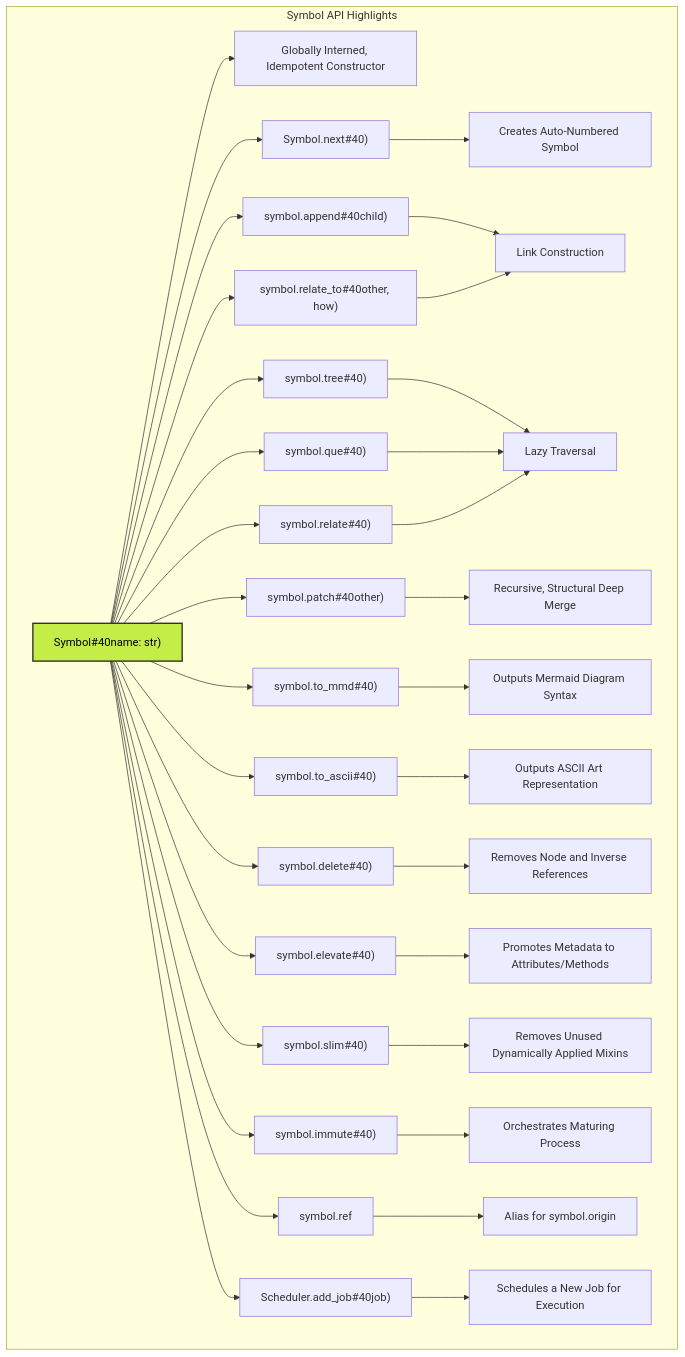
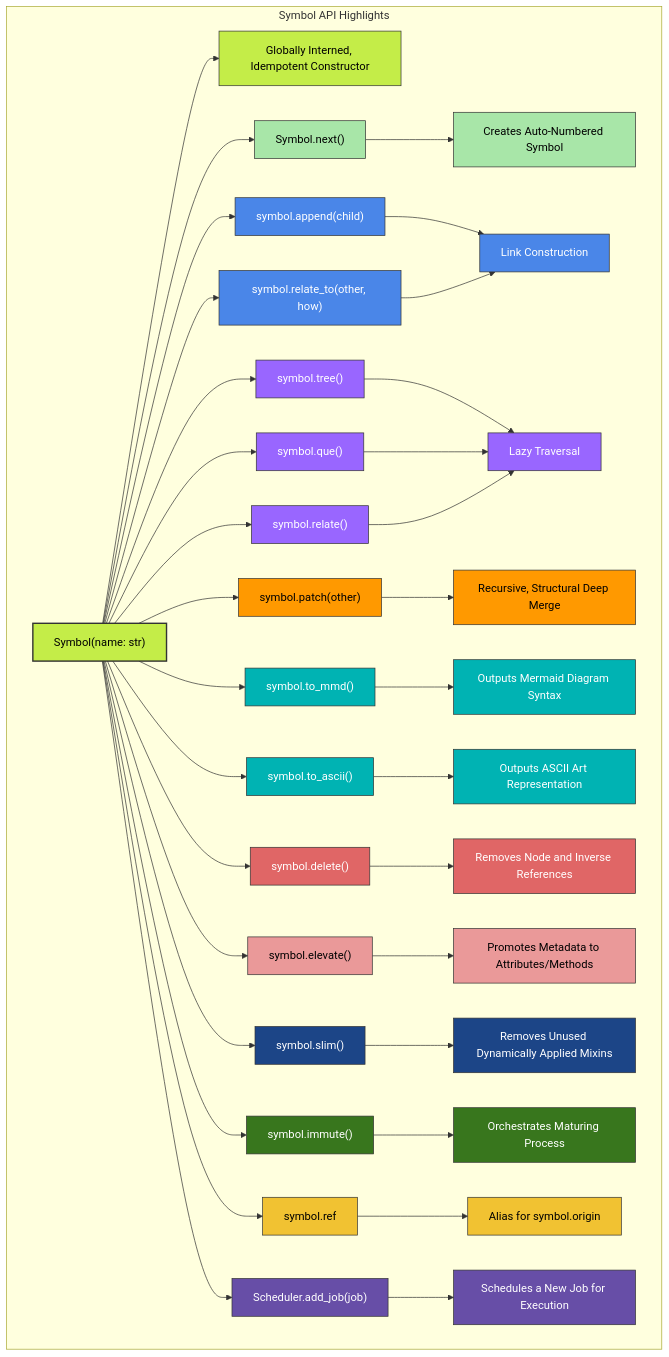
The diagram in docs/readme_details/8_api_highlights/api_overview.mmd (ikko/sym), drawn with Mermaid before and after one commit. The commit also changed 13 other files, not shown here.

```diff
--- a/docs/readme_details/8_api_highlights/api_overview.mmd
+++ b/docs/readme_details/8_api_highlights/api_overview.mmd
@@ -1,37 +1,88 @@
 
 graph
     subgraph "Symbol API Highlights"
-        A[Symbol#40name: str#41;] --> B[Globally Interned, Idempotent Constructor];
-        A --> C[Symbol.next#40#41;];
+        A[Symbol#40;name: str#41;] --> B[Globally Interned, Idempotent Constructor];
+        A --> C[Symbol.next#40;#41;];
         C --> D[Creates Auto-Numbered Symbol];
-        A --> E[symbol.append#40child#41;];
-        A --> F[symbol.relate_to#40other, how#41;];
+        A --> E[symbol.append#40;child#41;];
+        A --> F[symbol.relate_to#40;other, how#41;];
         E --> G[Link Construction];
         F --> G;
-        A --> H[symbol.tree#40#41;];
-        A --> I[symbol.que#40#41;];
-        A --> J[symbol.relate#40#41;];
+        A --> H[symbol.tree#40;#41;];
+        A --> I[symbol.que#40;#41;];
+        A --> J[symbol.relate#40;#41;];
         H --> K[Lazy Traversal];
         I --> K;
         J --> K;
-        A --> L[symbol.patch#40other#41;];
+        A --> L[symbol.patch#40;other#41;];
         L --> M[Recursive, Structural Deep Merge];
-        A --> N[symbol.to_mmd#40#41;];
+        A --> N[symbol.to_mmd#40;#41;];
         N --> O[Outputs Mermaid Diagram Syntax];
-        A --> P[symbol.to_ascii#40#41;];
+        A --> P[symbol.to_ascii#40;#41;];
         P --> Q[Outputs ASCII Art Representation];
-        A --> R[symbol.delete#40#41;];
+        A --> R[symbol.delete#40;#41;];
         R --> S[Removes Node and Inverse References];
-        A --> T[symbol.elevate#40#41;];
+        A --> T[symbol.elevate#40;#41;];
         T --> U[Promotes Metadata to Attributes/Methods];
-        A --> V[symbol.slim#40#41;];
+        A --> V[symbol.slim#40;#41;];
         V --> W[Removes Unused Dynamically Applied Mixins];
-        A --> X[symbol.immute#40#41;];
+        A --> X[symbol.immute#40;#41;];
         X --> Y[Orchestrates Maturing Process];
         A --> Z[symbol.ref];
         Z --> AA[Alias for symbol.origin];
-        A --> AB[Scheduler.add_job#40job#41;];
+        A --> AB[Scheduler.add_job#40;job#41;];
         AB --> AC[Schedules a New Job for Execution];
     end
 
+    %% Main Symbol node
     style A fill:#c4ed48,stroke:#333,stroke-width:2px,color:#000000;
+    style B fill:#c4ed48,stroke:#333,stroke-width:1px,color:#000000;
+
+    %% Symbol creation group - light green
+    style C fill:#a8e6a8,stroke:#333,stroke-width:1px,color:#000000;
+    style D fill:#a8e6a8,stroke:#333,stroke-width:1px,color:#000000;
+
+    %% Relationship management group - blue
+    style E fill:#4a86e8,stroke:#333,stroke-width:1px,color:#ffffff;
+    style F fill:#4a86e8,stroke:#333,stroke-width:1px,color:#ffffff;
+    style G fill:#4a86e8,stroke:#333,stroke-width:1px,color:#ffffff;
+
+    %% Traversal group - purple
+    style H fill:#9966ff,stroke:#333,stroke-width:1px,color:#ffffff;
+    style I fill:#9966ff,stroke:#333,stroke-width:1px,color:#ffffff;
+    style J fill:#9966ff,stroke:#333,stroke-width:1px,color:#ffffff;
+    style K fill:#9966ff,stroke:#333,stroke-width:1px,color:#ffffff;
+
+    %% Data manipulation group - orange
+    style L fill:#ff9900,stroke:#333,stroke-width:1px,color:#000000;
+    style M fill:#ff9900,stroke:#333,stroke-width:1px,color:#000000;
+
+    %% Visualization group - teal
+    style N fill:#00b3b3,stroke:#333,stroke-width:1px,color:#ffffff;
+    style O fill:#00b3b3,stroke:#333,stroke-width:1px,color:#ffffff;
+    style P fill:#00b3b3,stroke:#333,stroke-width:1px,color:#ffffff;
+    style Q fill:#00b3b3,stroke:#333,stroke-width:1px,color:#ffffff;
+
+    %% Node management group - red
+    style R fill:#e06666,stroke:#333,stroke-width:1px,color:#ffffff;
+    style S fill:#e06666,stroke:#333,stroke-width:1px,color:#ffffff;
+
+    %% Metadata management group - pink
+    style T fill:#ea9999,stroke:#333,stroke-width:1px,color:#000000;
+    style U fill:#ea9999,stroke:#333,stroke-width:1px,color:#000000;
+
+    %% Optimization group - dark blue
+    style V fill:#1c4587,stroke:#333,stroke-width:1px,color:#ffffff;
+    style W fill:#1c4587,stroke:#333,stroke-width:1px,color:#ffffff;
+
+    %% Lifecycle management group - dark green
+    style X fill:#38761d,stroke:#333,stroke-width:1px,color:#ffffff;
+    style Y fill:#38761d,stroke:#333,stroke-width:1px,color:#ffffff;
+
+    %% Reference management group - gold
+    style Z fill:#f1c232,stroke:#333,stroke-width:1px,color:#000000;
+    style AA fill:#f1c232,stroke:#333,stroke-width:1px,color:#000000;
+
+    %% Scheduling group - dark purple
+    style AB fill:#674ea7,stroke:#333,stroke-width:1px,color:#ffffff;
+    style AC fill:#674ea7,stroke:#333,stroke-width:1px,color:#ffffff;
```
